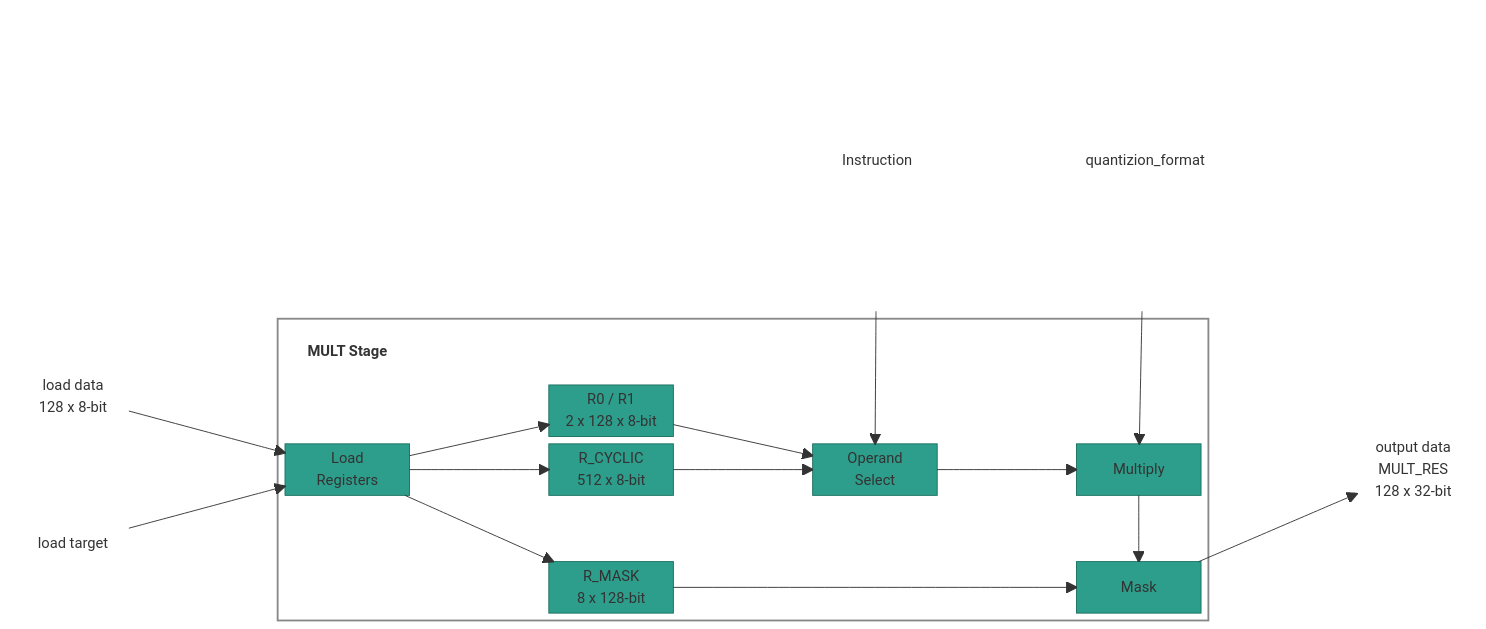
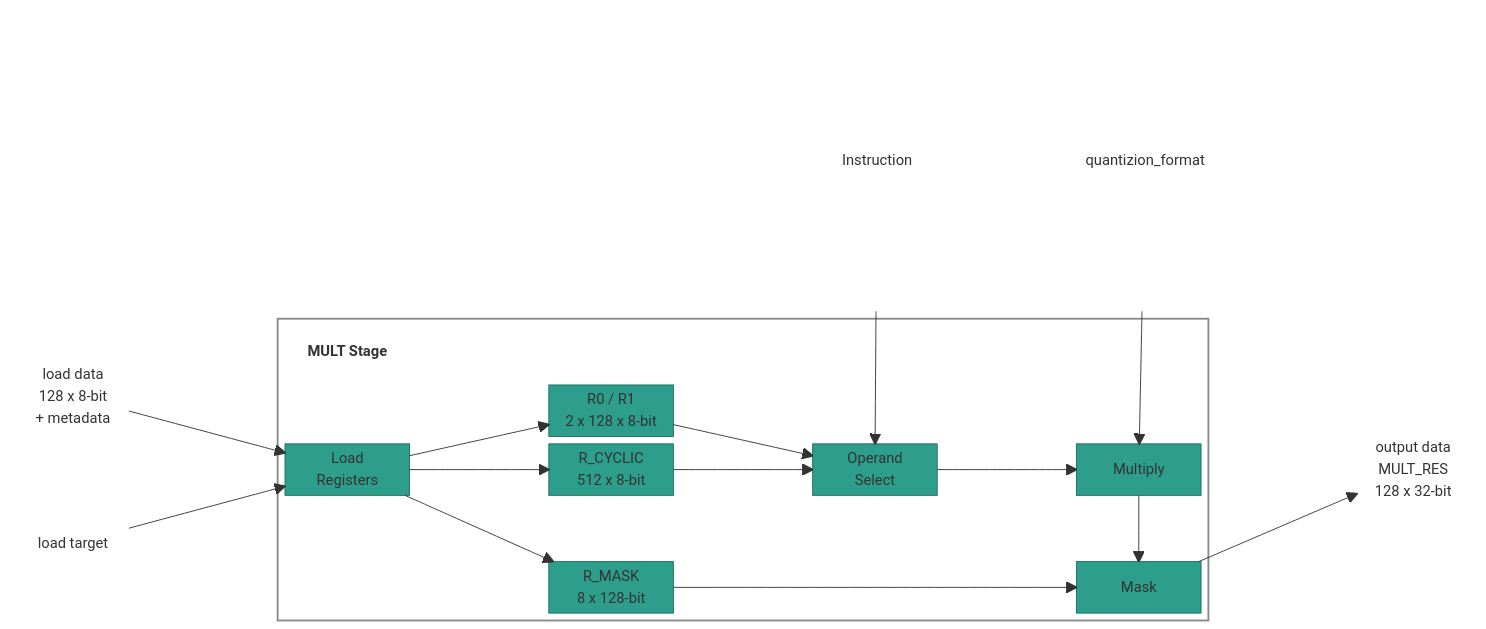
One commit to rechefe/ipu-emulator changed the diagram in docs/content/specs/ARCH-stage-mult.md. Above: the diagram before and after it, drawn with Mermaid. The commit also changed other lines of this file, not shown here.

````diff
--- a/docs/content/specs/ARCH-stage-mult.md
+++ b/docs/content/specs/ARCH-stage-mult.md
@@ -34,46 +35,46 @@
 ```mermaid
 block-beta
     columns 11
     space:6 INSTR["Instruction"] space FMT["quantizion_format"] space:2
     block:INS:1
         columns 1
-        LD_DATA["load data<br>128 x 8-bit"]
+        LD_DATA["load data<br>128 x 8-bit<br>+ metadata"]
         LD_TGT["load target"]
     end
     space
     block:STAGE:7
         columns 7
         TITLE["MULT Stage"] space:6
         space:2 RA["R0 / R1<br>2 x 128 x 8-bit"] space:4
         LDW["Load<br>Registers"] space RC["R_CYCLIC<br>512 x 8-bit"] space SEL["Operand<br>Select"] space MUL["Multiply"]
         space:7
         space:2 RMASK["R_MASK<br>8 x 128-bit"] space:3 MASK["Mask"]
     end
     space
     block:OUTS:1
         columns 1
         OUT_DATA["output data<br>MULT_RES<br>128 x 32-bit"]
     end
 
     LD_DATA --> LDW
     LD_TGT --> LDW
     LDW --> RA
     LDW --> RC
     LDW --> RMASK
     RA --> SEL
     RC --> SEL
     INSTR --> SEL
     FMT --> MUL
     SEL --> MUL
     MUL --> MASK
     RMASK --> MASK
     MASK --> OUT_DATA
 
     classDef io fill:none,stroke:none
     classDef blk fill:#2e9e8c,stroke:#1a7060,color:#fff
     classDef title fill:none,stroke:none,font-weight:bold
     class LD_DATA,LD_TGT,INSTR,FMT,OUT_DATA,INS,OUTS io
     class LDW,RA,RC,RMASK,SEL,MUL,MASK blk
     class TITLE title
     style STAGE fill:none,stroke:#888,stroke-width:2px
 ```
````
